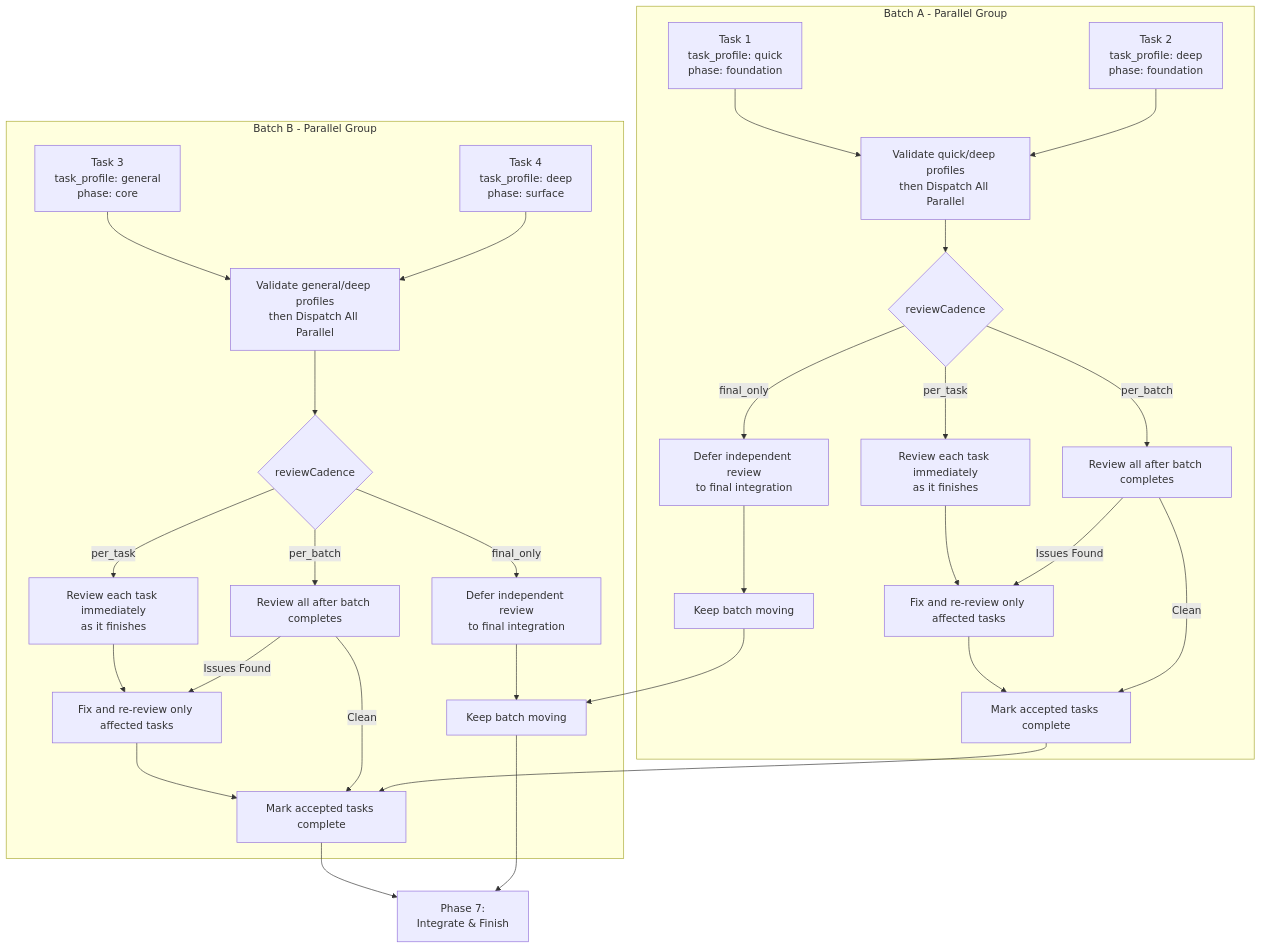
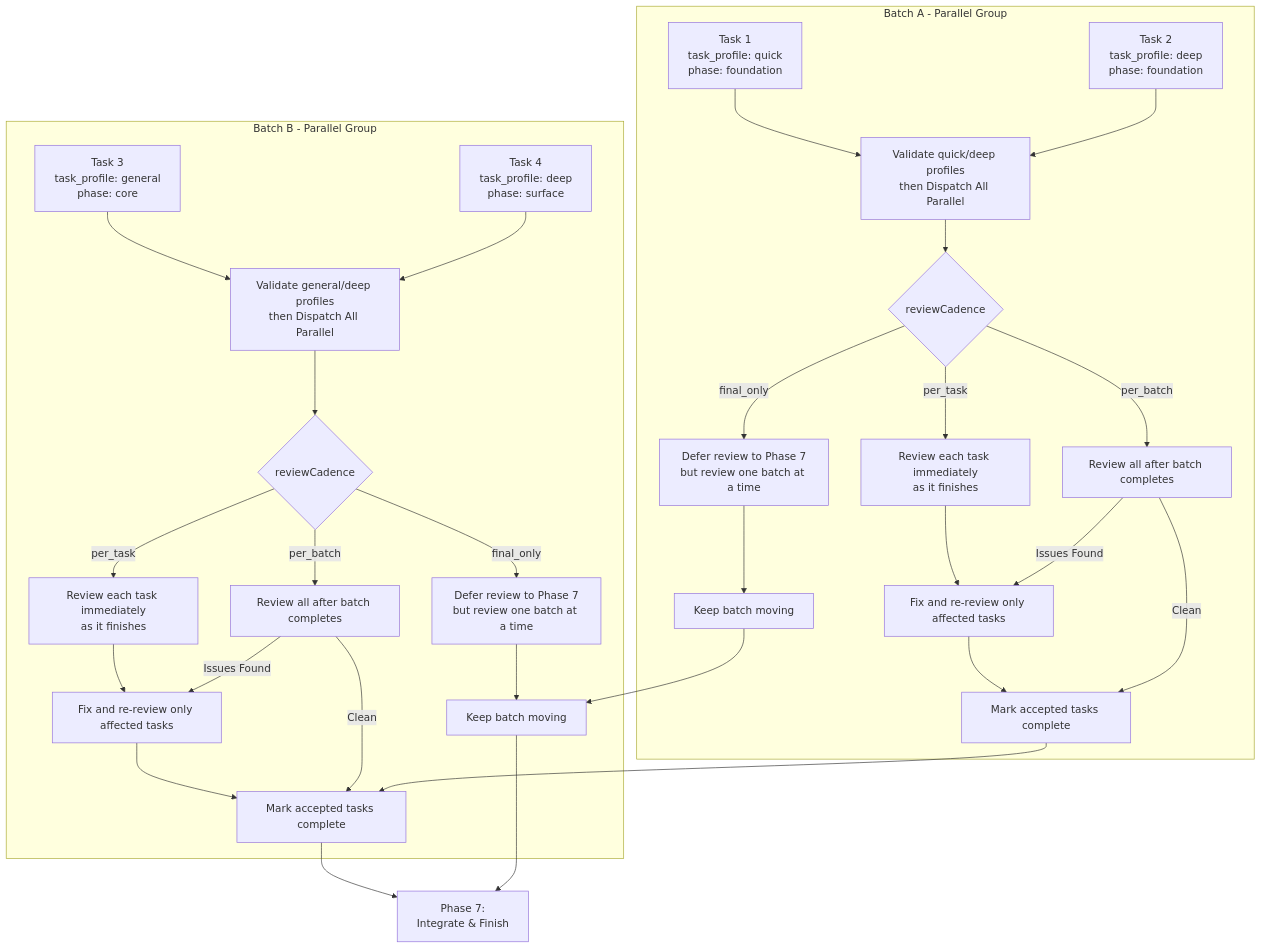
The fourth of 10 diagrams in super-planning/docs/workflows.md (gugacarbo/agents-skills), drawn with Mermaid before and after one commit. The commit also changed other lines of this file and 6 other files, not shown here.

````diff
--- a/super-planning/docs/workflows.md
+++ b/super-planning/docs/workflows.md
@@ -71,41 +71,41 @@
 ```mermaid
 flowchart TD
     subgraph Batch A - Parallel Group
         A1[Task 1<br/>task_profile: quick<br/>phase: foundation]
         A2[Task 2<br/>task_profile: deep<br/>phase: foundation]
         A3[Validate quick/deep profiles<br/>then Dispatch All Parallel]
         A1 --> A3
         A2 --> A3
         A3 --> A4{reviewCadence}
         A4 -->|per_task| A5[Review each task immediately<br/>as it finishes]
         A4 -->|per_batch| A6[Review all after batch completes]
-        A4 -->|final_only| A7[Defer independent review<br/>to final integration]
+        A4 -->|final_only| A7[Defer review to Phase 7<br/>but review one batch at a time]
         A5 --> A8[Fix and re-review only affected tasks]
         A6 -->|Issues Found| A8
         A8 --> A9[Mark accepted tasks complete]
         A6 -->|Clean| A9
         A7 --> A10[Keep batch moving]
     end
 
     subgraph Batch B - Parallel Group
         B1[Task 3<br/>task_profile: general<br/>phase: core]
         B2[Task 4<br/>task_profile: deep<br/>phase: surface]
         B3[Validate general/deep profiles<br/>then Dispatch All Parallel]
         B1 --> B3
         B2 --> B3
         B3 --> B4{reviewCadence}
         B4 -->|per_task| B5[Review each task immediately<br/>as it finishes]
         B4 -->|per_batch| B6[Review all after batch completes]
-        B4 -->|final_only| B7[Defer independent review<br/>to final integration]
+        B4 -->|final_only| B7[Defer review to Phase 7<br/>but review one batch at a time]
         B5 --> B8[Fix and re-review only affected tasks]
         B6 -->|Issues Found| B8
         B8 --> B9[Mark accepted tasks complete]
         B6 -->|Clean| B9
         B7 --> B10[Keep batch moving]
     end
 
     A9 --> B9
     A10 --> B10
     B9 --> INTEGRATE[Phase 7:<br/>Integrate & Finish]
     B10 --> INTEGRATE
 ```
````
